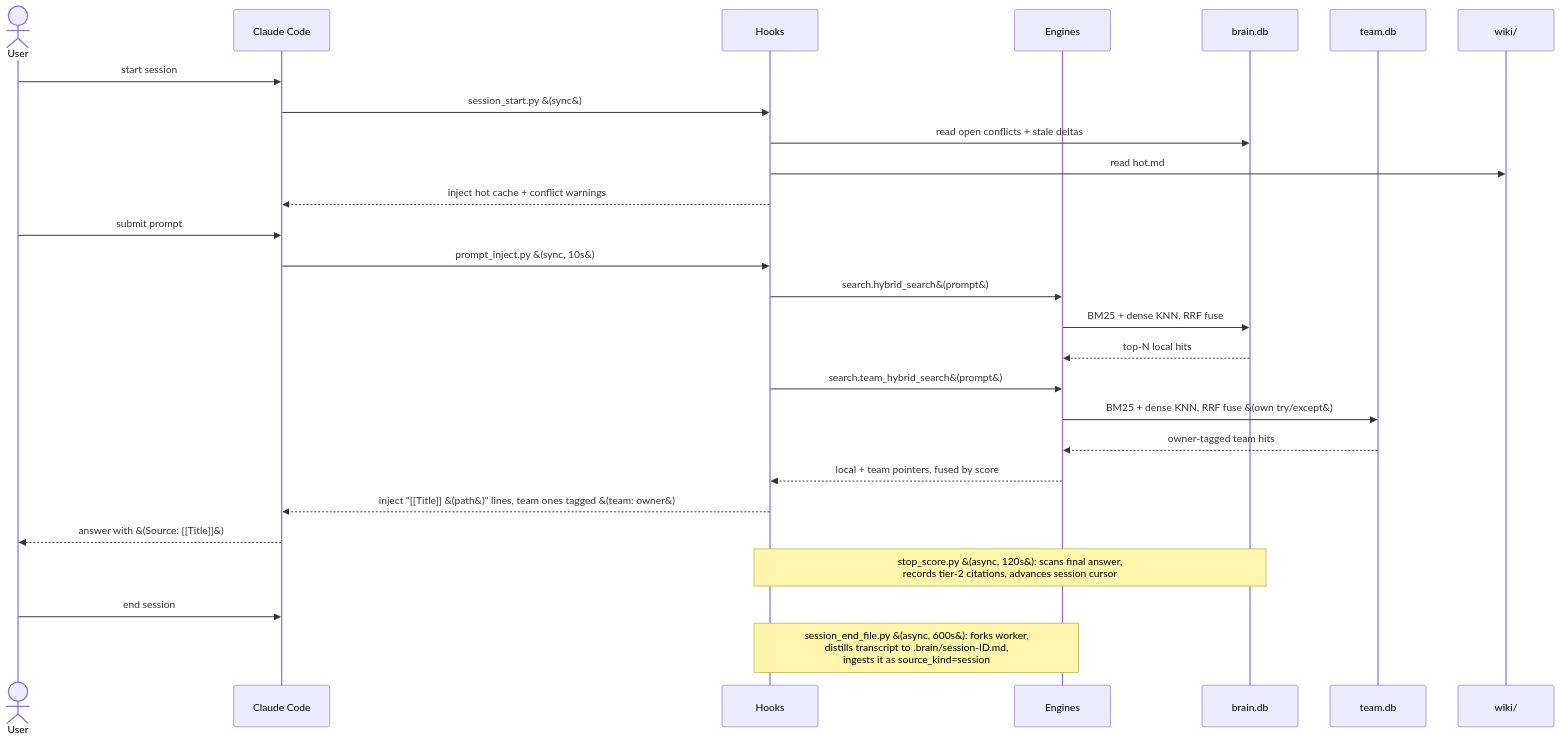
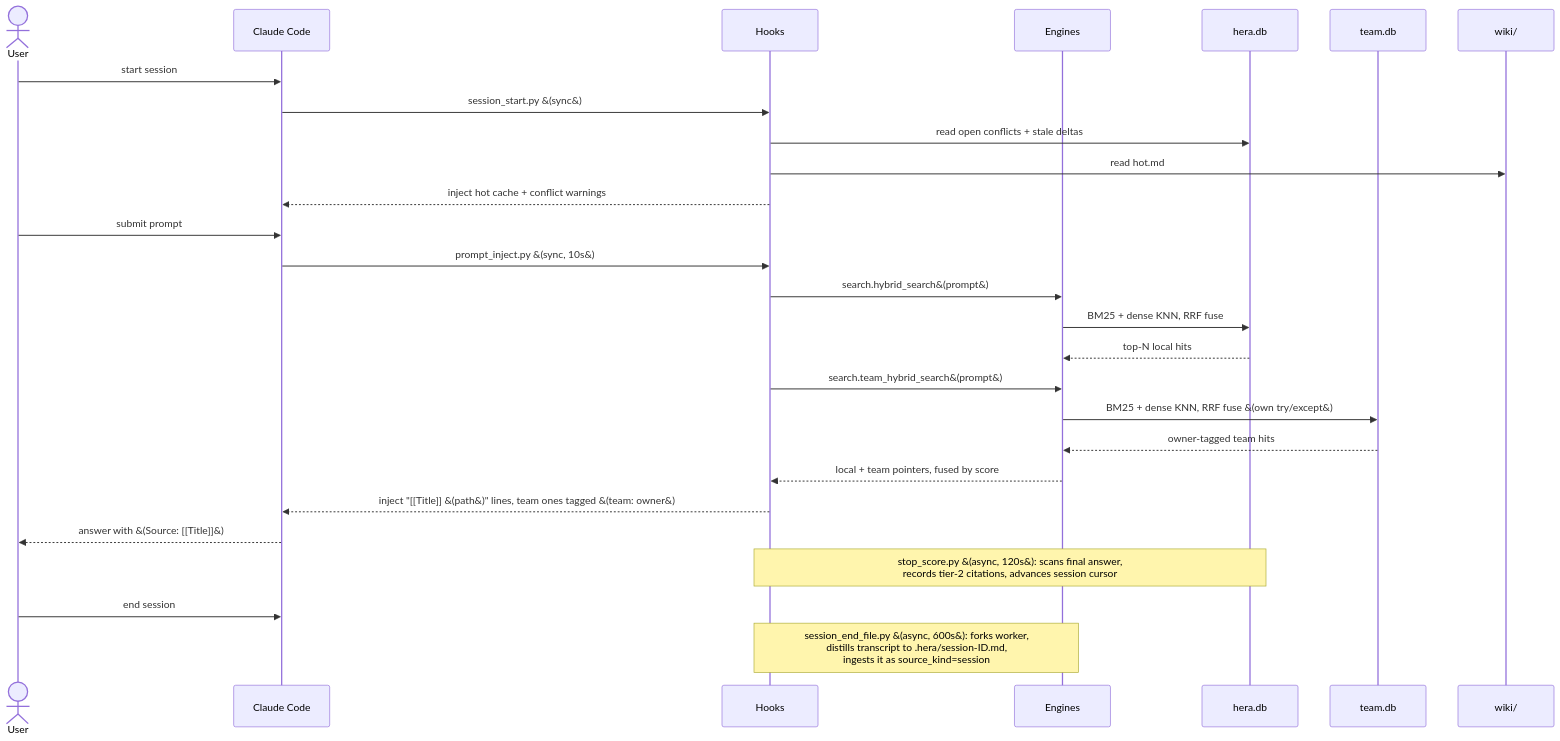
Before and after one commit to randyren278/hera: the second of 2 diagrams in docs/ARCHITECTURE.md, drawn with Mermaid. The commit also changed other lines of this file and 125 other files, not shown here.

First line of the commit message:
refactor: rename everything brain -> hera

````diff
--- a/docs/ARCHITECTURE.md
+++ b/docs/ARCHITECTURE.md
@@ -113,34 +113,34 @@
 ```mermaid
 sequenceDiagram
   actor U as User
   participant CC as Claude Code
   participant H as Hooks
   participant E as Engines
-  participant DB as brain.db
+  participant DB as hera.db
   participant TDB as team.db
   participant W as wiki/
 
   U->>CC: start session
   CC->>H: session_start.py &#40;sync&#41;
   H->>DB: read open conflicts + stale deltas
   H->>W: read hot.md
   H-->>CC: inject hot cache + conflict warnings
 
   U->>CC: submit prompt
   CC->>H: prompt_inject.py &#40;sync, 10s&#41;
   H->>E: search.hybrid_search&#40;prompt&#41;
   E->>DB: BM25 + dense KNN, RRF fuse
   DB-->>E: top-N local hits
   H->>E: search.team_hybrid_search&#40;prompt&#41;
   E->>TDB: BM25 + dense KNN, RRF fuse &#40;own try/except&#41;
   TDB-->>E: owner-tagged team hits
   E-->>H: local + team pointers, fused by score
   H-->>CC: inject "[[Title]] &#40;path&#41;" lines, team ones tagged &#40;team: owner&#41;
 
   CC-->>U: answer with &#40;Source: [[Title]]&#41;
 
   Note over H,DB: stop_score.py &#40;async, 120s&#41;: scans final answer,<br>records tier-2 citations, advances session cursor
 
   U->>CC: end session
-  Note over H,E: session_end_file.py &#40;async, 600s&#41;: forks worker,<br>distills transcript to .brain/session-ID.md,<br>ingests it as source_kind=session
+  Note over H,E: session_end_file.py &#40;async, 600s&#41;: forks worker,<br>distills transcript to .hera/session-ID.md,<br>ingests it as source_kind=session
 ```
````
